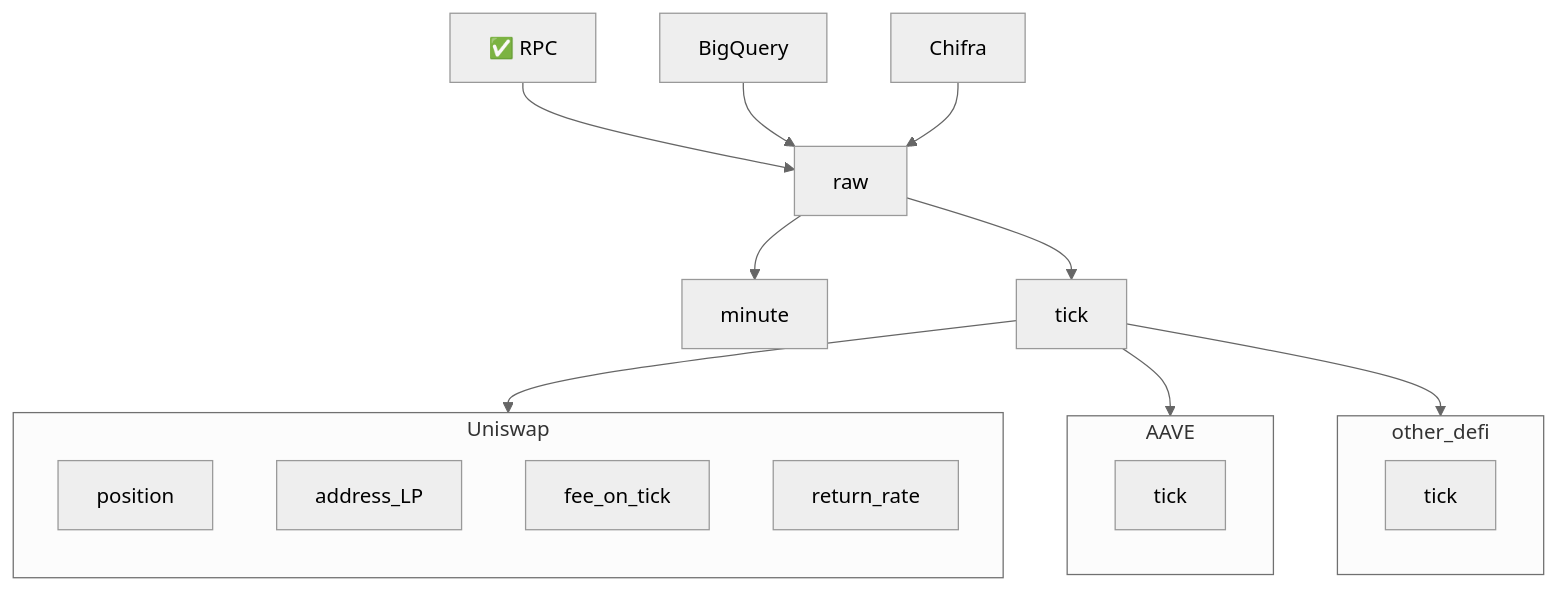
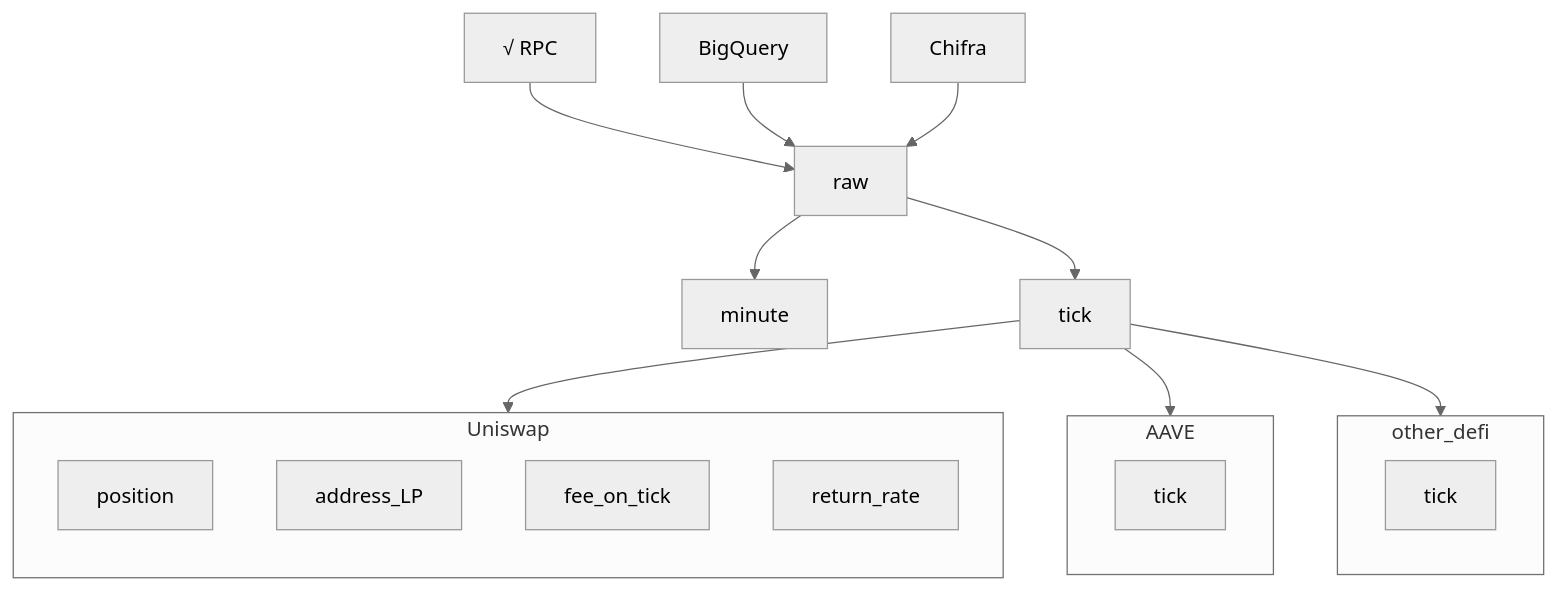
The second of 3 diagrams in README.md (zelos-alpha/demeter-fetch), drawn with Mermaid (neutral theme) before and after one commit.

Commit message:
test mermaid image

````diff
--- a/README.md
+++ b/README.md
@@ -36,24 +36,24 @@
 ```mermaid
 flowchart TB;
-   RPC[✅ RPC] --> raw;
+   RPC[√ RPC] --> raw;
    BigQuery --> raw;
    Chifra --> raw;
    raw --> minute;
    raw --> tick;
    tick --> Uniswap;
    tick --> AAVE;
    tick --> other_defi;
    subgraph Uniswap;
       direction TB;
       position;
       address_LP;
       fee_on_tick;
       return_rate;
    end
    subgraph AAVE;
       aave_tick[tick];
    end
    subgraph other_defi;
       other_tick[tick];
    end
 ```
````
